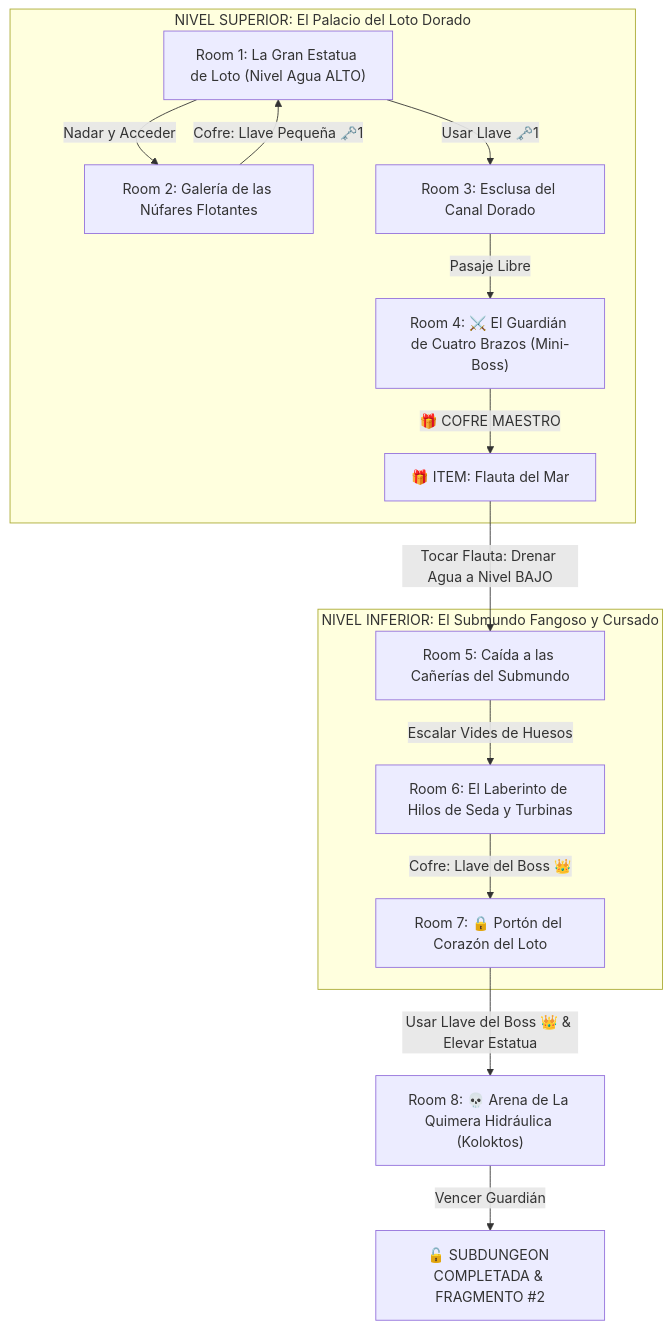
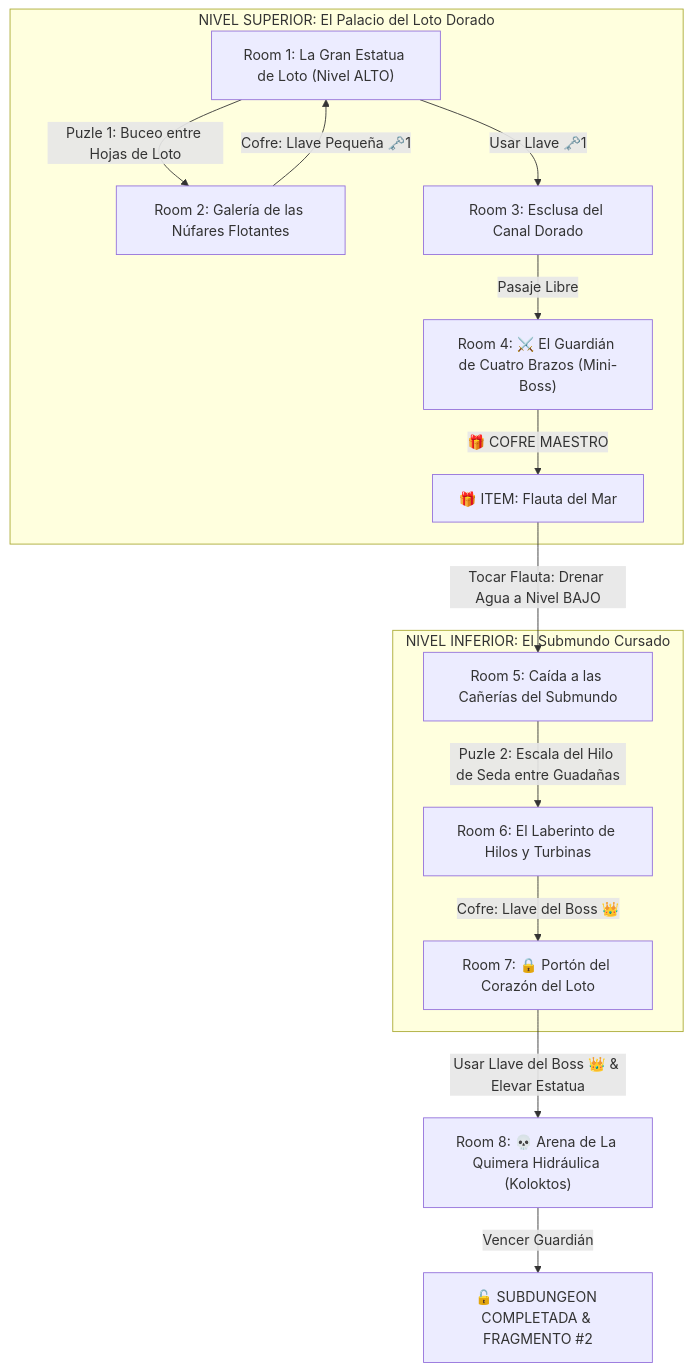
One commit to linkmati/ShivathLyss changed the diagram in 7 - DM/OneShots/ARepeat/Subdungeons/02_Subdungeon_Agua_Cisterna.md. Above: the diagram before and after it, drawn with Mermaid. The commit also changed other lines of this file and 22 other files, not shown here.

````diff
--- a/7 - DM/OneShots/ARepeat/Subdungeons/02_Subdungeon_Agua_Cisterna.md
+++ b/7 - DM/OneShots/ARepeat/Subdungeons/02_Subdungeon_Agua_Cisterna.md
@@ -14,20 +14,20 @@
 ```mermaid
 graph TD
     subgraph "NIVEL SUPERIOR: El Palacio del Loto Dorado"
-        S1["Room 1: La Gran Estatua de Loto (Nivel Agua ALTO)"] -->|Nadar y Acceder| S2["Room 2: Galería de las Núfares Flotantes"]
+        S1["Room 1: La Gran Estatua de Loto (Nivel ALTO)"] -->|Puzle 1: Buceo entre Hojas de Loto| S2["Room 2: Galería de las Núfares Flotantes"]
         S2 -->|Cofre: Llave Pequeña 🗝️1| S1
         S1 -->|Usar Llave 🗝️1| S3["Room 3: Esclusa del Canal Dorado"]
         S3 -->|Pasaje Libre| S4["Room 4: ⚔️ El Guardián de Cuatro Brazos (Mini-Boss)"]
         S4 -->|🎁 COFRE MAESTRO| Item["🎁 ITEM: Flauta del Mar"]
     end
 
     Item -->|Tocar Flauta: Drenar Agua a Nivel BAJO| Submundo
 
-    subgraph "NIVEL INFERIOR: El Submundo Fangoso y Cursado"
-        Submundo["Room 5: Caída a las Cañerías del Submundo"] -->|Escalar Vides de Huesos| S6["Room 6: El Laberinto de Hilos de Seda y Turbinas"]
+    subgraph "NIVEL INFERIOR: El Submundo Cursado"
+        Submundo["Room 5: Caída a las Cañerías del Submundo"] -->|Puzle 2: Escala del Hilo de Seda entre Guadañas| S6["Room 6: El Laberinto de Hilos y Turbinas"]
         S6 -->|Cofre: Llave del Boss 👑| S7["Room 7: 🔒 Portón del Corazón del Loto"]
     end
 
     S7 -->|Usar Llave del Boss 👑 & Elevar Estatua| S8["Room 8: 💀 Arena de La Quimera Hidráulica (Koloktos)"]
     S8 -->|Vencer Guardián| Win["🔓 SUBDUNGEON COMPLETADA & FRAGMENTO #2"]
 ```
````
